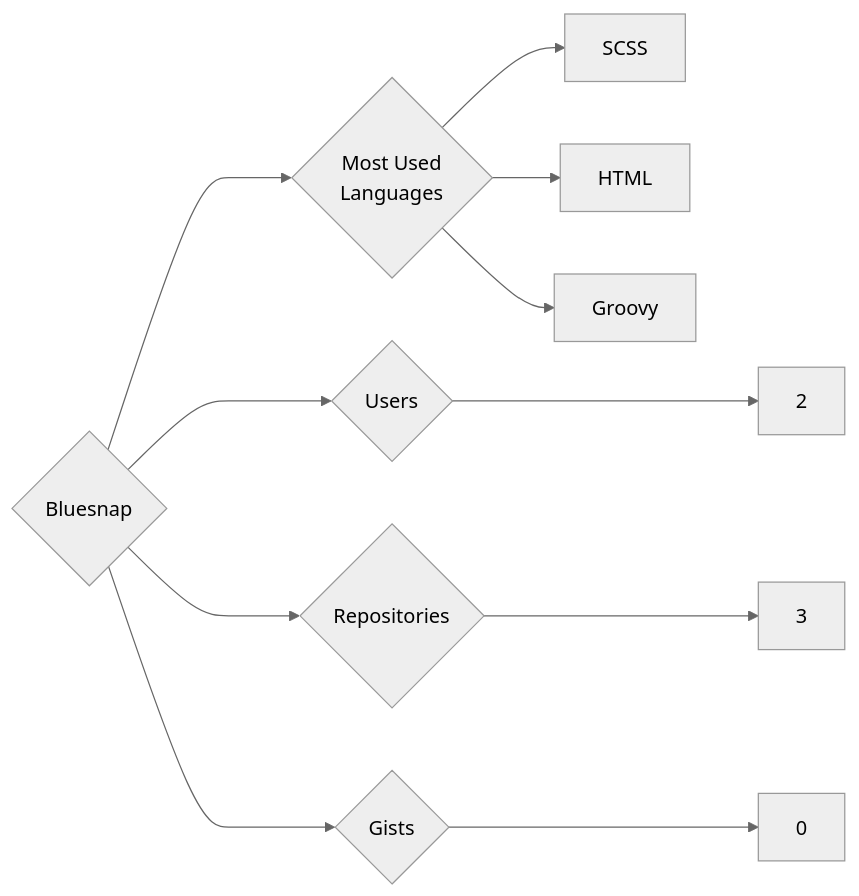
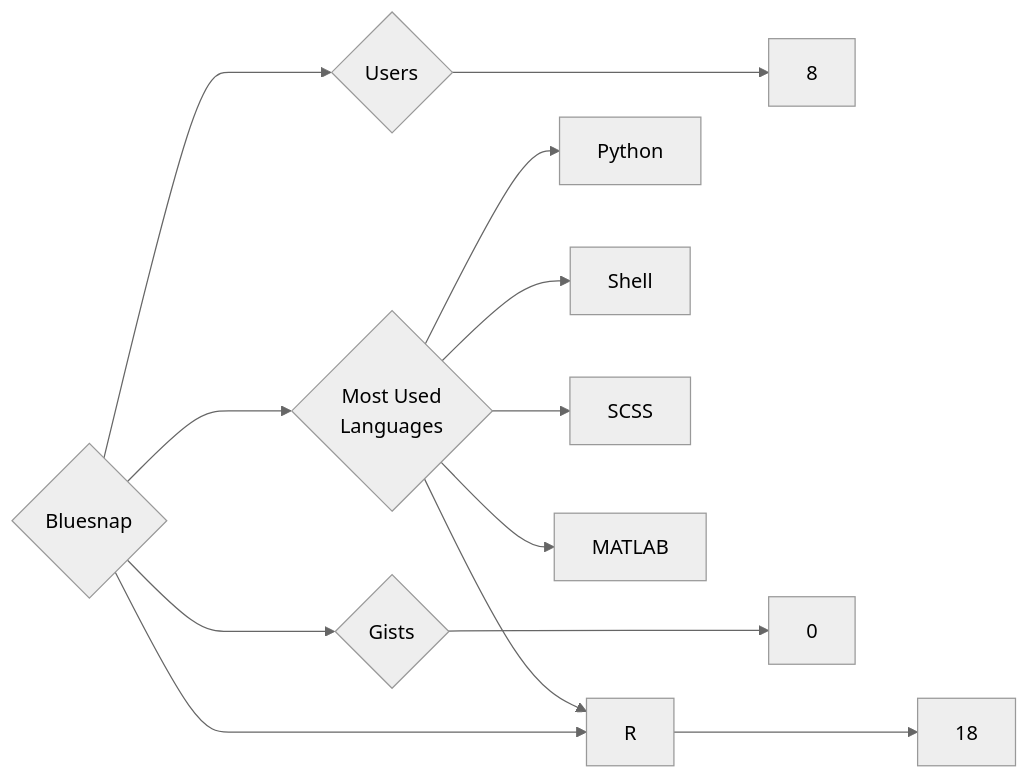
One commit to trickest/insiders changed the diagram in targets/Bluesnap/README.md. Above: the diagram before and after it, drawn with Mermaid (neutral theme). The commit also changed 951 other files, not shown here.

````diff
--- a/targets/Bluesnap/README.md
+++ b/targets/Bluesnap/README.md
@@ -3,11 +3,13 @@
 ```mermaid
 graph LR
 COMPANY_NAME{Bluesnap}
-COMPANY_NAME ---> U{Users} ---> UN[2]
-COMPANY_NAME ---> R{Repositories} ---> RN[3]
+COMPANY_NAME ---> U{Users} ---> UN[8]
+COMPANY_NAME ---> R{Repositories} ---> RN[18]
 COMPANY_NAME ---> G{Gists} ---> GN[0]
 COMPANY_NAME ---> ML{Most Used<br>Languages}
-ML --> SCSS
-ML --> HTML
-ML --> Groovy
+ML --> Python[Python]
+ML --> Shell[Shell]
+ML --> R[R]
+ML --> SCSS[SCSS]
+ML --> MATLAB[MATLAB]
 ```
````
